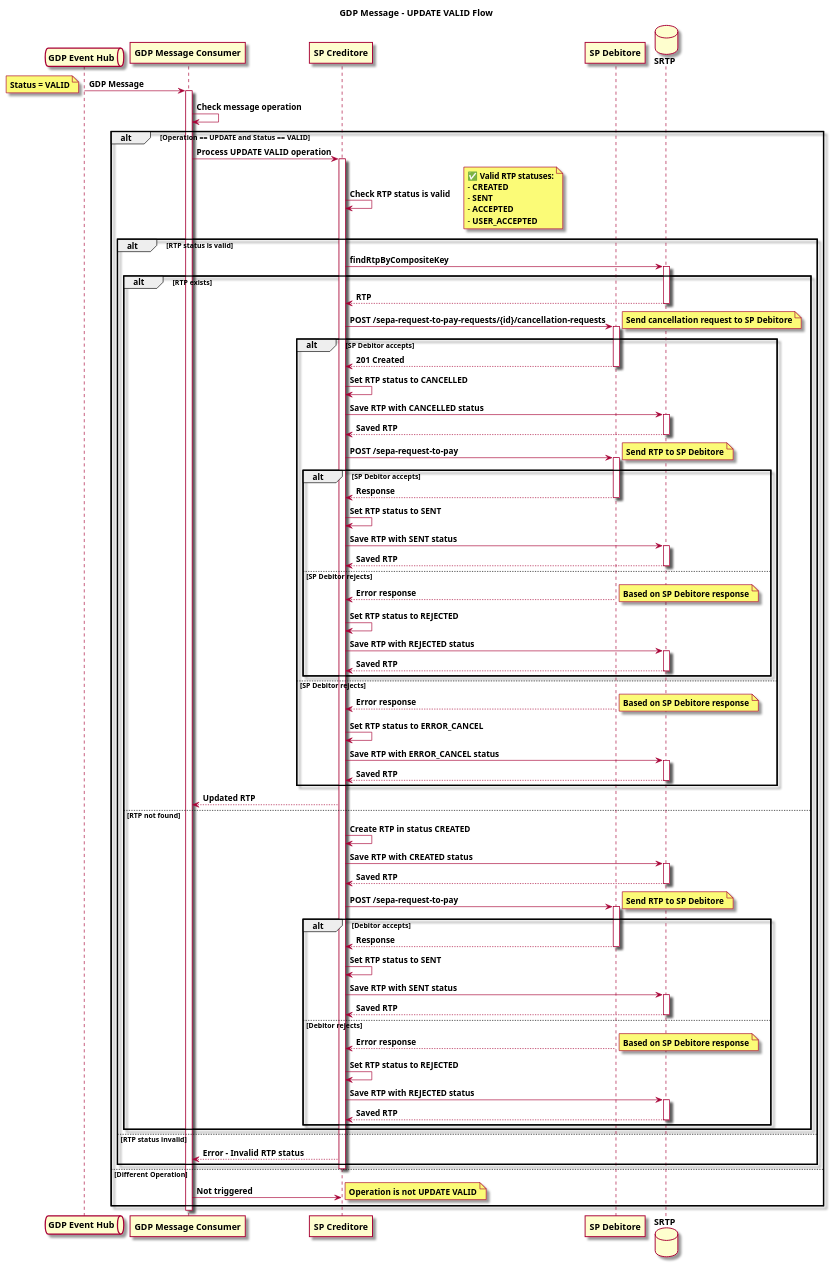
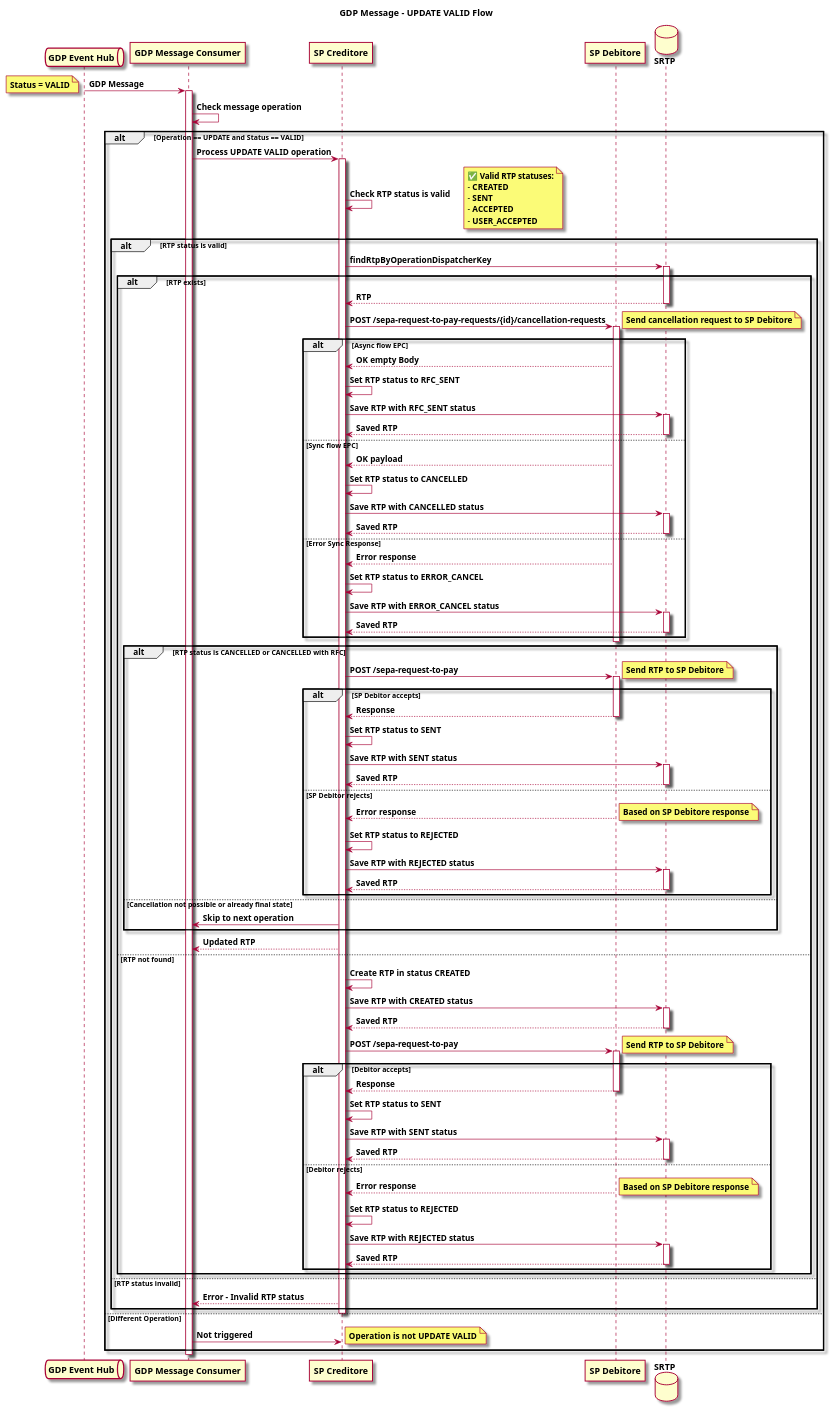
One commit to pagopa/rtp-docs changed the diagram in diagrams/update-valid-queue-schema.puml. Above: the diagram before and after it, drawn with PlantUML. The commit also changed 9 other files, not shown here.

First line of the commit message:
feat: [SRTP-1354] Update documentation including new cancellation flow (#37)

```diff
--- a/diagrams/update-valid-queue-schema.puml
+++ b/diagrams/update-valid-queue-schema.puml
@@ -1,146 +1,154 @@
 @startuml
 skin rose
 title **GDP Message – UPDATE VALID Flow**
 
 queue "**GDP Event Hub**" as Queue
 participant "**GDP Message Consumer**" as Consumer
 participant "**SP Creditore**" as SPC
 participant "**SP Debitore**" as SPD
 database "**SRTP**" as SRTP
 
 Queue -> Consumer: **GDP Message**
 note left: **Status = VALID**
 
 activate Consumer
 Consumer -> Consumer: **Check message operation**
 
 alt **Operation == UPDATE and Status == VALID**
   Consumer -> SPC: **Process UPDATE VALID operation**
   activate SPC
 
   SPC -> SPC: **Check RTP status is valid**
   note right
     **✅ Valid RTP statuses:**
     - **CREATED**
     - **SENT**
     - **ACCEPTED**
     - **USER_ACCEPTED**
   end note
 
   alt **RTP status is valid**
-    SPC -> SRTP: **findRtpByCompositeKey**
+    SPC -> SRTP: **findRtpByOperationDispatcherKey**
     activate SRTP
 
     alt **RTP exists**
       SRTP --> SPC: **RTP**
       deactivate SRTP
 
+
       SPC -> SPD: **POST /sepa-request-to-pay-requests/{id}/cancellation-requests**
       note right: **Send cancellation request to SP Debitore**
       activate SPD
 
-      alt **SP Debitor accepts**
-        SPD --> SPC: **201 Created**
-        deactivate SPD
-
+      alt **Async flow EPC**
+        SPD --> SPC: **OK empty Body**
+        SPC -> SPC: **Set RTP status to RFC_SENT**
+        SPC -> SRTP: **Save RTP with RFC_SENT status**
+        activate SRTP
+        SRTP --> SPC: **Saved RTP**
+        deactivate SRTP
+      else **Sync flow EPC**
+        SPD --> SPC: **OK payload**
         SPC -> SPC: **Set RTP status to CANCELLED**
-
         SPC -> SRTP: **Save RTP with CANCELLED status**
         activate SRTP
         SRTP --> SPC: **Saved RTP**
         deactivate SRTP
 
+      else **Error Sync Response**
+        SPD --> SPC: **Error response**
+        SPC -> SPC: **Set RTP status to ERROR_CANCEL**
+        SPC -> SRTP: **Save RTP with ERROR_CANCEL status**
+        activate SRTP
+        SRTP --> SPC: **Saved RTP**
+        deactivate SRTP
+      end
+
+      deactivate SPD
+
+      alt **RTP status is CANCELLED or CANCELLED with RFC**
         SPC -> SPD: **POST /sepa-request-to-pay**
         note right: **Send RTP to SP Debitore**
         activate SPD
 
         alt **SP Debitor accepts**
           SPD --> SPC: **Response**
           deactivate SPD
 
           SPC -> SPC: **Set RTP status to SENT**
 
           SPC -> SRTP: **Save RTP with SENT status**
           activate SRTP
           SRTP --> SPC: **Saved RTP**
           deactivate SRTP
 
         else **SP Debitor rejects**
           SPD --> SPC: **Error response**
           deactivate SPD
           note right: **Based on SP Debitore response**
 
           SPC -> SPC: **Set RTP status to REJECTED**
 
           SPC -> SRTP: **Save RTP with REJECTED status**
           activate SRTP
           SRTP --> SPC: **Saved RTP**
           deactivate SRTP
         end
 
-      else **SP Debitor rejects**
-        SPD --> SPC: **Error response**
-        deactivate SPD
-        note right: **Based on SP Debitore response**
-
-        SPC -> SPC: **Set RTP status to ERROR_CANCEL**
-
-        SPC -> SRTP: **Save RTP with ERROR_CANCEL status**
-        activate SRTP
-        SRTP --> SPC: **Saved RTP**
-        deactivate SRTP
+      else **Cancellation not possible or already final state**
+        SPC -> Consumer: **Skip to next operation**
       end
 
       SPC --> Consumer: **Updated RTP**
 
     else **RTP not found**
       deactivate SRTP
 
       SPC -> SPC: **Create RTP in status CREATED**
 
       SPC -> SRTP: **Save RTP with CREATED status**
       activate SRTP
       SRTP --> SPC: **Saved RTP**
       deactivate SRTP
 
       SPC -> SPD: **POST /sepa-request-to-pay**
       note right: **Send RTP to SP Debitore**
       activate SPD
 
       alt **Debitor accepts**
         SPD --> SPC: **Response**
         deactivate SPD
 
         SPC -> SPC: **Set RTP status to SENT**
 
         SPC -> SRTP: **Save RTP with SENT status**
         activate SRTP
         SRTP --> SPC: **Saved RTP**
         deactivate SRTP
 
       else **Debitor rejects**
         SPD --> SPC: **Error response**
         deactivate SPD
         note right: **Based on SP Debitore response**
 
         SPC -> SPC: **Set RTP status to REJECTED**
 
         SPC -> SRTP: **Save RTP with REJECTED status**
         activate SRTP
         SRTP --> SPC: **Saved RTP**
         deactivate SRTP
       end
     end
 
   else **RTP status invalid**
     SPC --> Consumer: **Error – Invalid RTP status**
   end
   deactivate SPC
 
 else **Different Operation**
   Consumer -> SPC: **Not triggered**
   note right: **Operation is not UPDATE VALID**
 end
 
 deactivate Consumer
 @enduml
```
